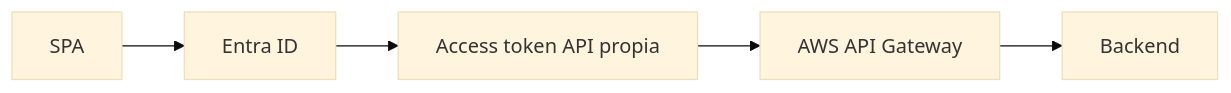
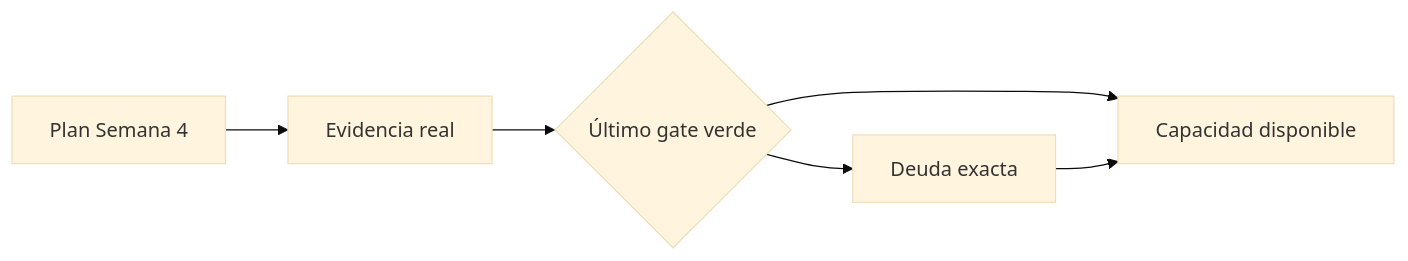
One commit to cmartinezs/DSY1107-DESARROLLO-CLOUD-NATIVE-I-2026-2 changed the fifth of 5 diagrams in semanas/semana-04/DSY1107-003D.md. Above: the diagram before and after it, drawn with Mermaid (base theme). The commit also changed other lines of this file, not shown here.

Commit message:
docs(003D): reconcile week 4 plan with evidence-driven closure

````diff
--- a/semanas/semana-04/DSY1107-003D.md
+++ b/semanas/semana-04/DSY1107-003D.md
@@ -215,7 +215,8 @@
 ```mermaid
 flowchart LR
-    SPA[SPA] --> ENTRA[Entra ID]
-    ENTRA --> TOKEN[Access token API propia]
-    TOKEN --> GW[AWS API Gateway]
-    GW --> API[Backend]
+    W4[Plan Semana 4] --> E[Evidencia real]
+    E --> G{Último gate verde}
+    G --> DEBT[Deuda exacta]
+    G --> W5[Capacidad disponible]
+    DEBT --> W5
 ```
````
